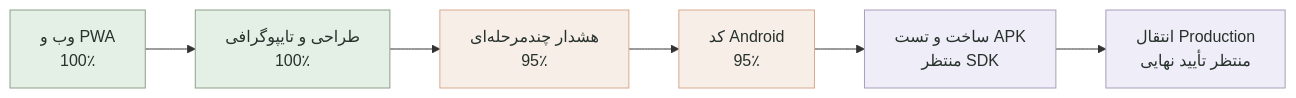
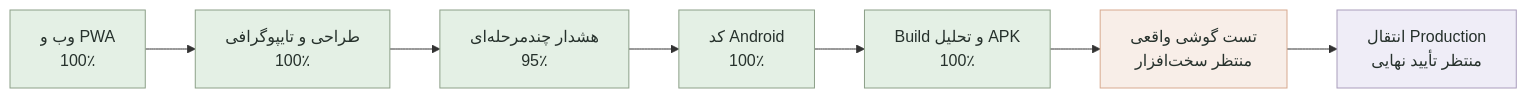
The diagram in PROJECT_STATUS.md (tparkhondeh/personalAgent), drawn with Mermaid before and after one commit. The commit also changed other lines of this file and 44 other files, not shown here.

Commit message:
feat: ship verified Android debug build

````diff
--- a/PROJECT_STATUS.md
+++ b/PROJECT_STATUS.md
@@ -18,15 +18,17 @@
 ```mermaid
 flowchart LR
     A[وب و PWA<br/>100٪] --> B[طراحی و تایپوگرافی<br/>100٪]
     B --> C[هشدار چندمرحله‌ای<br/>95٪]
-    C --> D[کد Android<br/>95٪]
-    D --> E[ساخت و تست APK<br/>منتظر SDK]
-    E --> F[انتقال Production<br/>منتظر تأیید نهایی]
+    C --> D[کد Android<br/>100٪]
+    D --> E[Build و تحلیل APK<br/>100٪]
+    E --> G[تست گوشی واقعی<br/>منتظر سخت‌افزار]
+    G --> F[انتقال Production<br/>منتظر تأیید نهایی]
 
     classDef done fill:#e4f0e5,stroke:#8ca088,color:#26312c;
     classDef active fill:#f8eee8,stroke:#d7a98f,color:#26312c;
     classDef pending fill:#efedf7,stroke:#aa9dbc,color:#26312c;
     class A,B done;
-    class C,D active;
-    class E,F pending;
+    class C,D,E done;
+    class G active;
+    class F pending;
 ```
````
